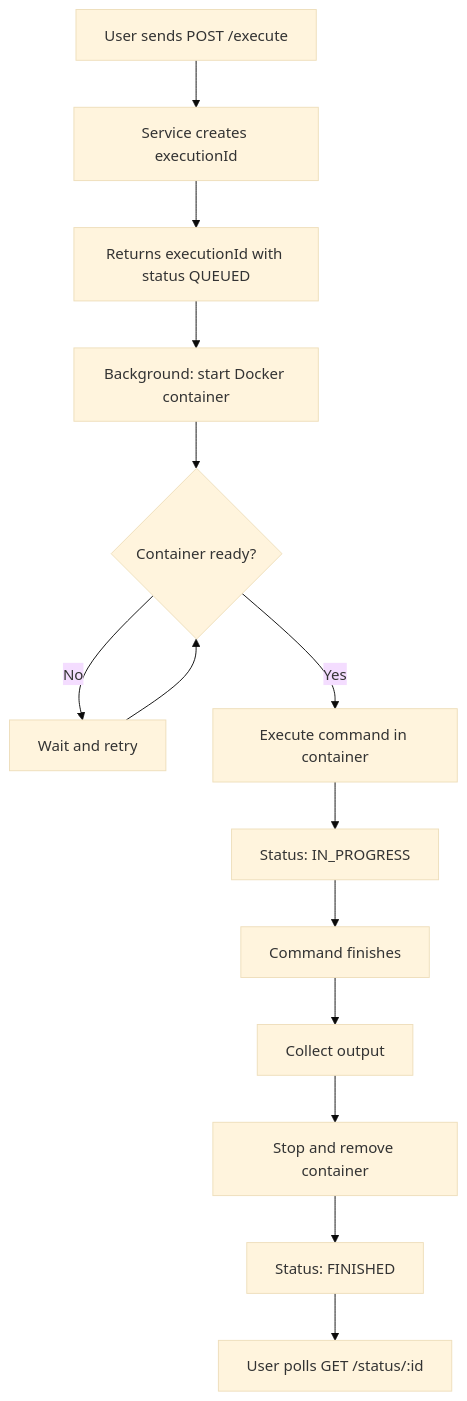
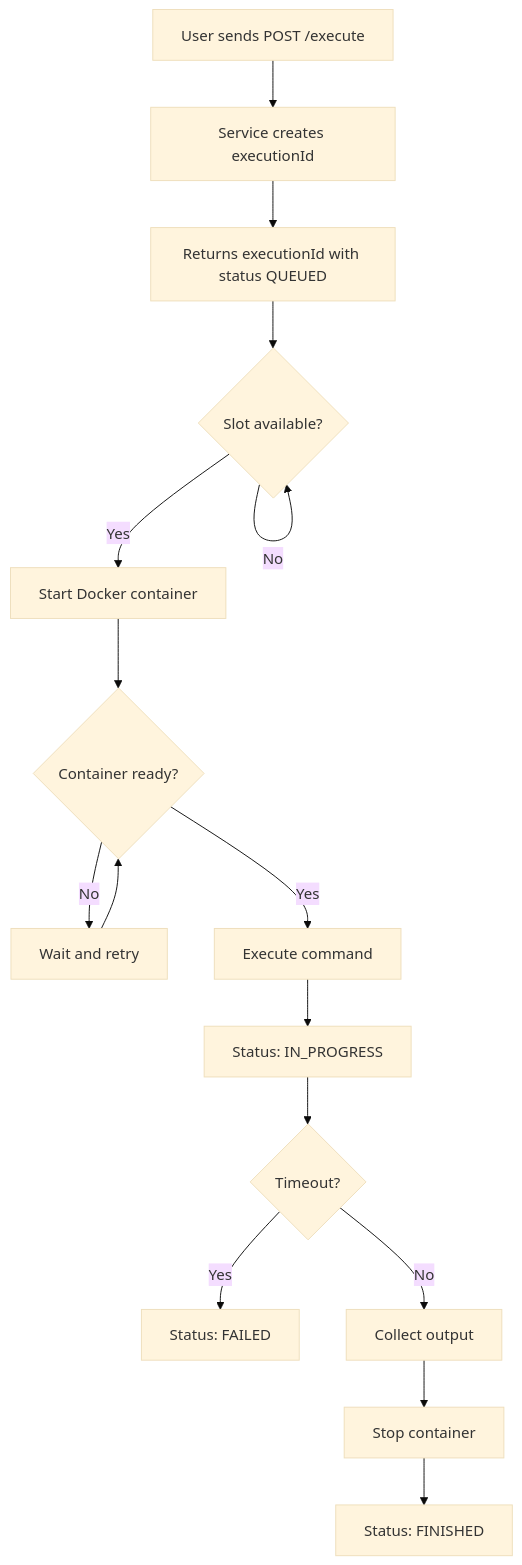
One commit to irrivero/ExecutorService changed the diagram in README.md. Above: the diagram before and after it, drawn with Mermaid (base theme). The commit also changed other lines of this file, not shown here.

Commit message:
docs: update README with queue and timeout design decisions

````diff
--- a/README.md
+++ b/README.md
@@ -62,16 +62,18 @@
 ```mermaid
 flowchart TD
     A[User sends POST /execute] --> B[Service creates executionId]
     B --> C[Returns executionId with status QUEUED]
-    C --> D[Background: start Docker container]
-    D --> E{Container ready?}
-    E -->|No| F[Wait and retry]
-    F --> E
-    E -->|Yes| G[Execute command in container]
-    G --> H[Status: IN_PROGRESS]
-    H --> I[Command finishes]
-    I --> J[Collect output]
-    J --> K[Stop and remove container]
-    K --> L[Status: FINISHED]
-    L --> M[User polls GET /status/:id]
+    C --> D{Slot available?}
+    D -->|No| D
+    D -->|Yes| E[Start Docker container]
+    E --> F{Container ready?}
+    F -->|No| G[Wait and retry]
+    G --> F
+    F -->|Yes| H[Execute command]
+    H --> I[Status: IN_PROGRESS]
+    I --> J{Timeout?}
+    J -->|Yes| K[Status: FAILED]
+    J -->|No| L[Collect output]
+    L --> M[Stop container]
+    M --> N[Status: FINISHED]
 ```
````
